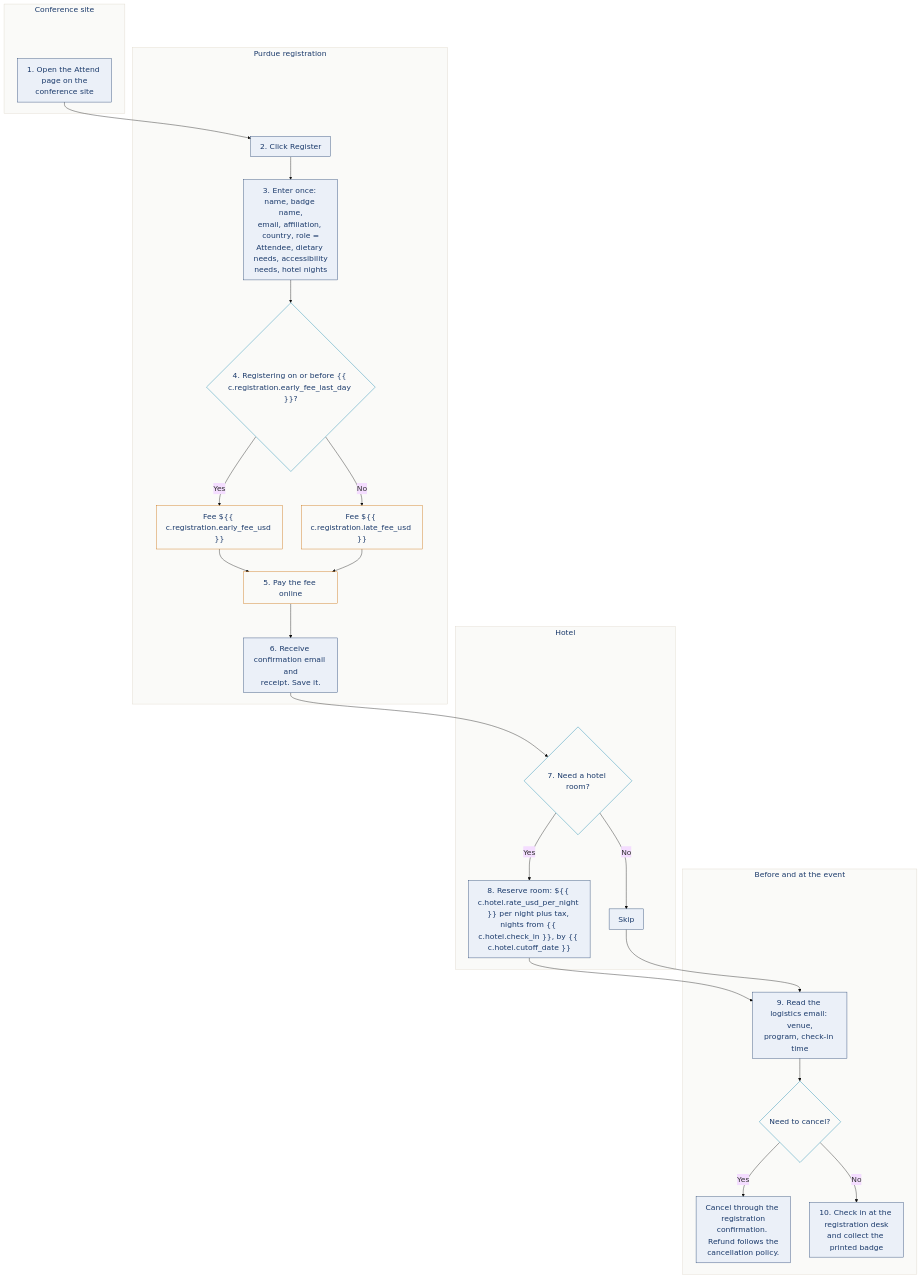
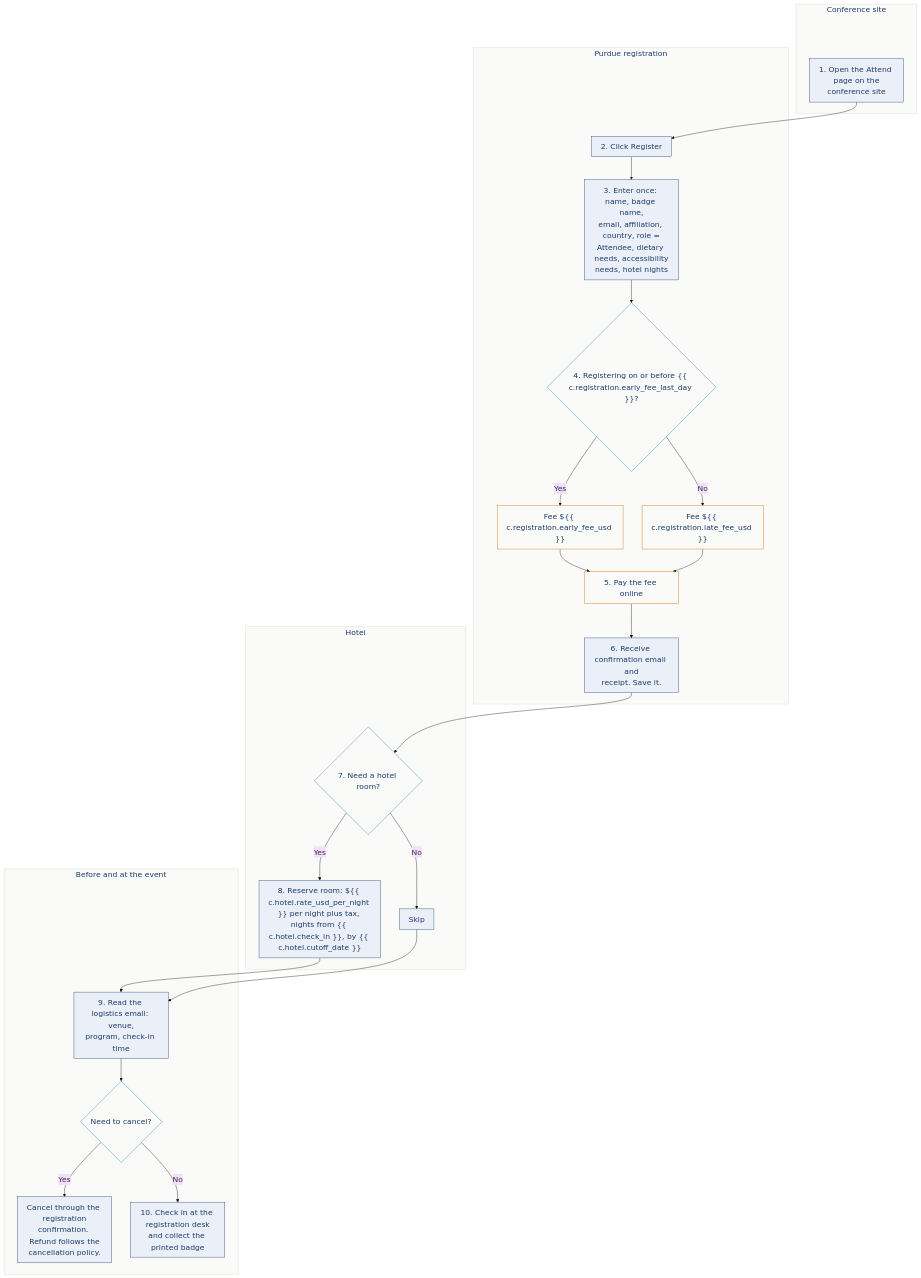
Before and after one commit to serg696f/computational-imaging.github.io: the diagram in workflows/attendee.md, drawn with Mermaid. The commit also changed 2 other files, not shown here.

Commit message:
Fix diagram syntax for Mermaid 9.1.3

````diff
--- a/workflows/attendee.md
+++ b/workflows/attendee.md
@@ -23,55 +23,57 @@
 ```mermaid
 %%{init: {"theme":"base","themeVariables":{"fontSize":"20px","fontFamily":"Arial, Helvetica, sans-serif"},"flowchart":{"useMaxWidth":false,"nodeSpacing":50,"rankSpacing":60,"padding":12}}}%%
 flowchart TD
   subgraph SITE["Conference site"]
-    SITE_sp[" "]:::spacer
+    SITE_sp[" "]
     A1["1. Open the Attend page on the<br/>conference site"]
   end
   subgraph REG["Purdue registration"]
-    REG_sp[" "]:::spacer
+    REG_sp[" "]
     A2["2. Click Register"]
     A3["3. Enter once: name, badge name,<br/>email, affiliation, country, role =<br/>Attendee, dietary needs, accessibility<br/>needs, hotel nights"]
     D1{"4. Registering on or before {{ c.registration.early_fee_last_day }}?"}
     F1["Fee ${{ c.registration.early_fee_usd }}"]
     F2["Fee ${{ c.registration.late_fee_usd }}"]
     A4["5. Pay the fee online"]
     A5["6. Receive confirmation email and<br/>receipt. Save it."]
   end
   subgraph HOTEL["Hotel"]
-    HOTEL_sp[" "]:::spacer
+    HOTEL_sp[" "]
     D2{"7. Need a hotel room?"}
     H1["8. Reserve room: ${{ c.hotel.rate_usd_per_night }} per night plus tax, nights from {{ c.hotel.check_in }}, by {{ c.hotel.cutoff_date }}"]
     H2["Skip"]
   end
   subgraph EVENT["Before and at the event"]
-    EVENT_sp[" "]:::spacer
+    EVENT_sp[" "]
     A6["9. Read the logistics email: venue,<br/>program, check-in time"]
     D3{"Need to cancel?"}
     C1["Cancel through the registration<br/>confirmation. Refund follows the<br/>cancellation policy."]
     A7["10. Check in at the registration desk<br/>and collect the printed badge"]
   end
+  SITE_sp --- A1
+  REG_sp --- A2
+  HOTEL_sp --- D2
+  EVENT_sp --- A6
   A1 --> A2 --> A3 --> D1
   D1 -- Yes --> F1 --> A4
   D1 -- No --> F2 --> A4
   A4 --> A5 --> D2
   D2 -- Yes --> H1 --> A6
   D2 -- No --> H2 --> A6
   A6 --> D3
   D3 -- Yes --> C1
   D3 -- No --> A7
-  SITE_sp ~~~ A1
-  REG_sp ~~~ A2
-  HOTEL_sp ~~~ D2
-  EVENT_sp ~~~ A6
   style SITE fill:#FAFAF8,stroke:#DDD6C8,color:#1B3A6B
   style REG fill:#FAFAF8,stroke:#DDD6C8,color:#1B3A6B
   style HOTEL fill:#FAFAF8,stroke:#DDD6C8,color:#1B3A6B
   style EVENT fill:#FAFAF8,stroke:#DDD6C8,color:#1B3A6B
   classDef step fill:#EBF0F8,stroke:#1B3A6B,color:#1B3A6B;
   classDef pay fill:#FAFAF8,stroke:#C96A00,color:#1B3A6B;
   classDef gate fill:#FAFAF8,stroke:#007EA8,color:#1B3A6B;
   class A1,A2,A3,A5,A6,A7,H1,H2,C1 step;
   class F1,F2,A4 pay;
   class D1,D2,D3 gate;
   classDef spacer fill:none,stroke:none,color:#FAFAF8;
+  linkStyle 0,1,2,3 stroke:none,fill:none;
+  class SITE_sp,REG_sp,HOTEL_sp,EVENT_sp spacer;
 ```
````
